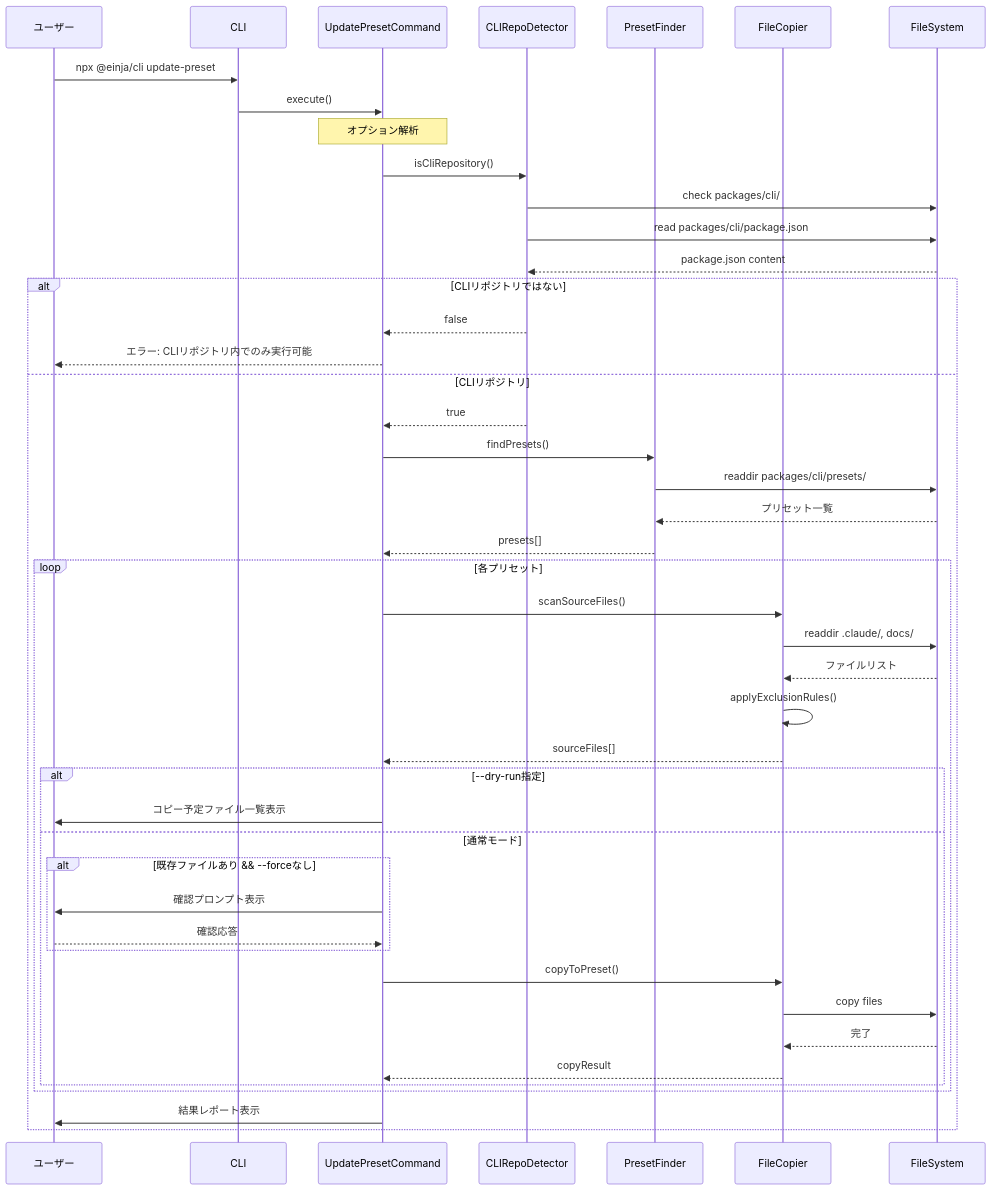
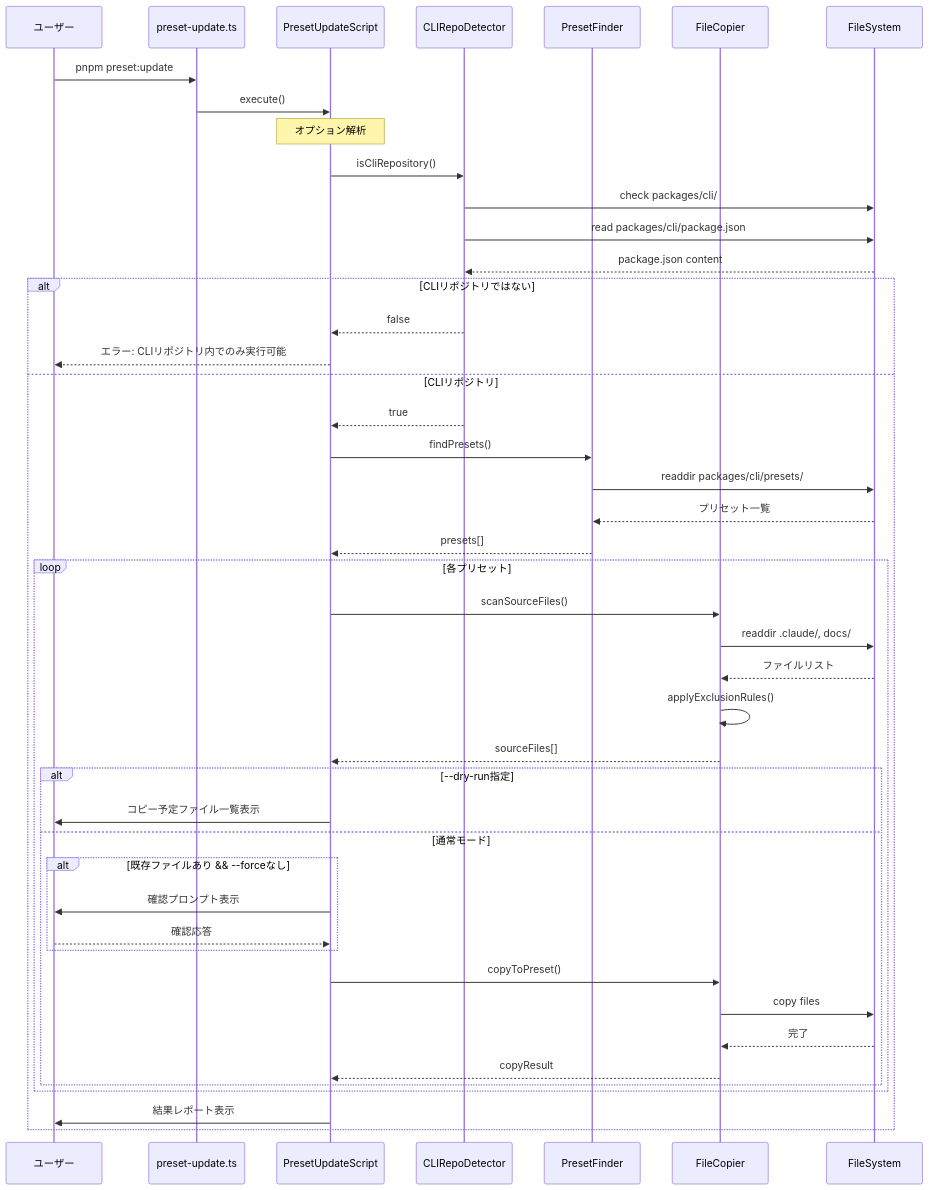
One commit to einja-inc/einja-management-template changed the third of 3 diagrams in docs/specs/issues/cli/issue21-sync-command/design/implementation.md. Above: the diagram before and after it, drawn with Mermaid. The commit also changed other lines of this file and 3 other files, not shown here.

````diff
--- a/docs/specs/issues/cli/issue21-sync-command/design/implementation.md
+++ b/docs/specs/issues/cli/issue21-sync-command/design/implementation.md
@@ -801,56 +818,56 @@
 ```mermaid
 sequenceDiagram
     participant U as ユーザー
-    participant CLI as CLI
-    participant UP as UpdatePresetCommand
+    participant Script as preset-update.ts
+    participant UP as PresetUpdateScript
     participant Detector as CLIRepoDetector
     participant Finder as PresetFinder
     participant Copier as FileCopier
     participant FS as FileSystem
 
-    U->>CLI: npx @einja/cli update-preset
-    CLI->>UP: execute()
+    U->>Script: pnpm preset:update
+    Script->>UP: execute()
 
     Note over UP: オプション解析
 
     UP->>Detector: isCliRepository()
     Detector->>FS: check packages/cli/
     Detector->>FS: read packages/cli/package.json
     FS-->>Detector: package.json content
 
     alt CLIリポジトリではない
         Detector-->>UP: false
         UP-->>U: エラー: CLIリポジトリ内でのみ実行可能
     else CLIリポジトリ
         Detector-->>UP: true
 
         UP->>Finder: findPresets()
         Finder->>FS: readdir packages/cli/presets/
         FS-->>Finder: プリセット一覧
         Finder-->>UP: presets[]
 
         loop 各プリセット
             UP->>Copier: scanSourceFiles()
             Copier->>FS: readdir .claude/, docs/
             FS-->>Copier: ファイルリスト
             Copier->>Copier: applyExclusionRules()
             Copier-->>UP: sourceFiles[]
 
             alt --dry-run指定
                 UP->>U: コピー予定ファイル一覧表示
             else 通常モード
                 alt 既存ファイルあり && --forceなし
                     UP->>U: 確認プロンプト表示
                     U-->>UP: 確認応答
                 end
 
                 UP->>Copier: copyToPreset()
                 Copier->>FS: copy files
                 FS-->>Copier: 完了
                 Copier-->>UP: copyResult
             end
         end
 
         UP->>U: 結果レポート表示
     end
 ```
````
